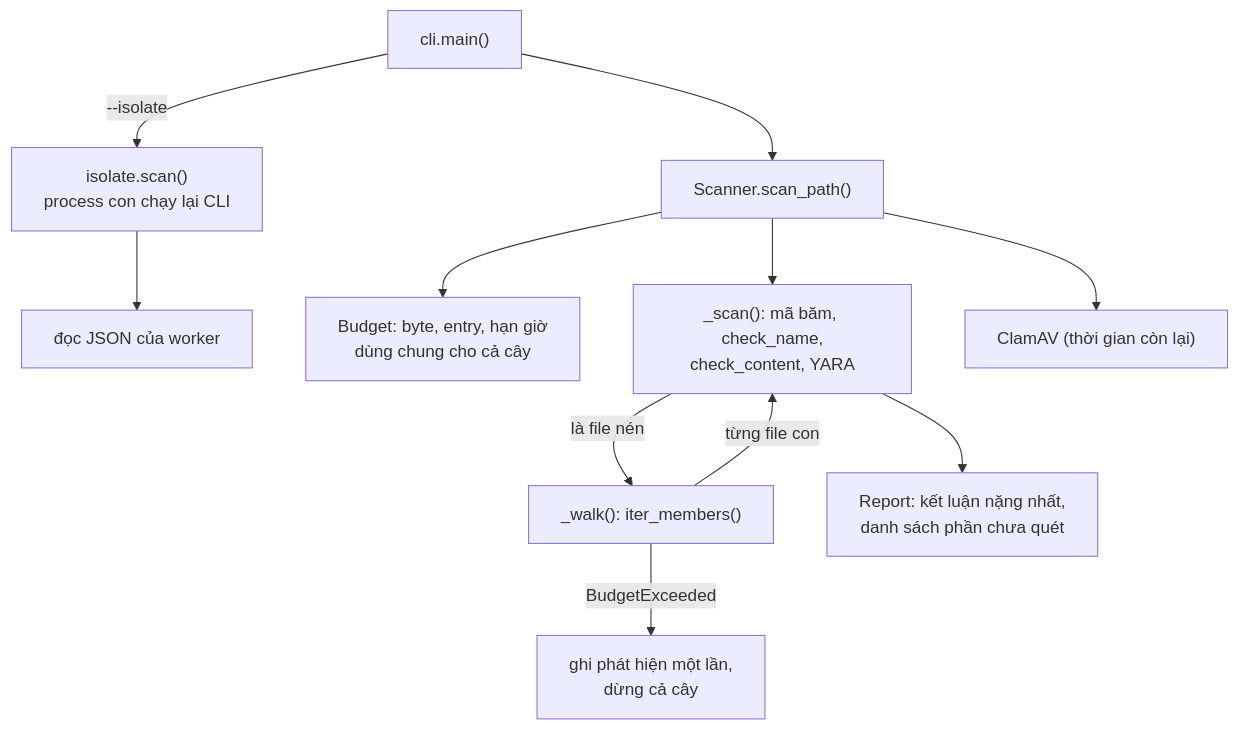
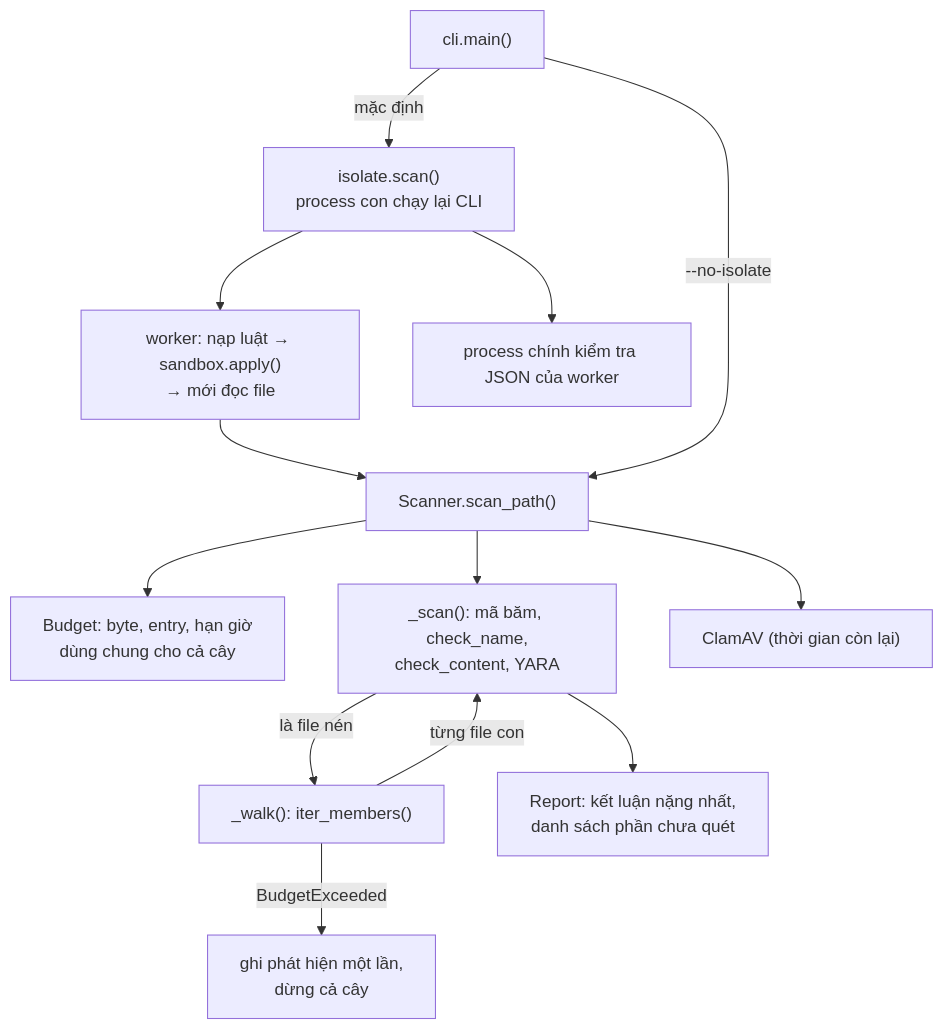
The second of 2 diagrams in docs/ARCHITECTURE.md (nakame9/archive-guard), drawn with Mermaid before and after one commit. The commit also changed other lines of this file and 14 other files, not shown here.

````diff
--- a/docs/ARCHITECTURE.md
+++ b/docs/ARCHITECTURE.md
@@ -49,13 +54,15 @@
 ```mermaid
 flowchart TD
-    A["cli.main()"] -->|"--isolate"| W["isolate.scan()<br/>process con chạy lại CLI"]
-    W --> A2["đọc JSON của worker"]
-    A --> S["Scanner.scan_path()"]
+    A["cli.main()"] -->|"mặc định"| W["isolate.scan()<br/>process con chạy lại CLI"]
+    W --> SB["worker: nạp luật → sandbox.apply()<br/>→ mới đọc file"]
+    SB --> S
+    W --> A2["process chính kiểm tra JSON của worker"]
+    A -->|"--no-isolate"| S["Scanner.scan_path()"]
     S --> B["Budget: byte, entry, hạn giờ<br/>dùng chung cho cả cây"]
     S --> C["_scan(): mã băm, check_name,<br/>check_content, YARA"]
     C -->|"là file nén"| D["_walk(): iter_members()"]
     D -->|"từng file con"| C
     D -->|"BudgetExceeded"| E["ghi phát hiện một lần,<br/>dừng cả cây"]
     S --> F["ClamAV (thời gian còn lại)"]
     C --> R["Report: kết luận nặng nhất,<br/>danh sách phần chưa quét"]
 ```
````
